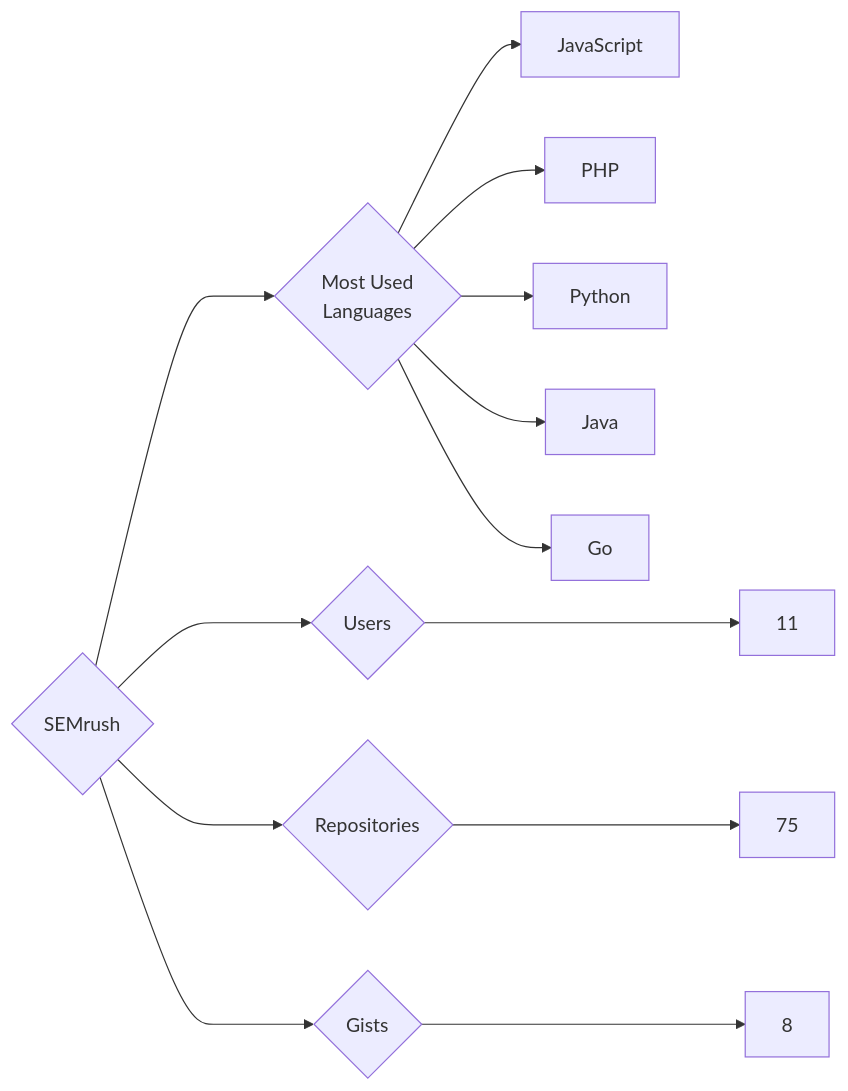
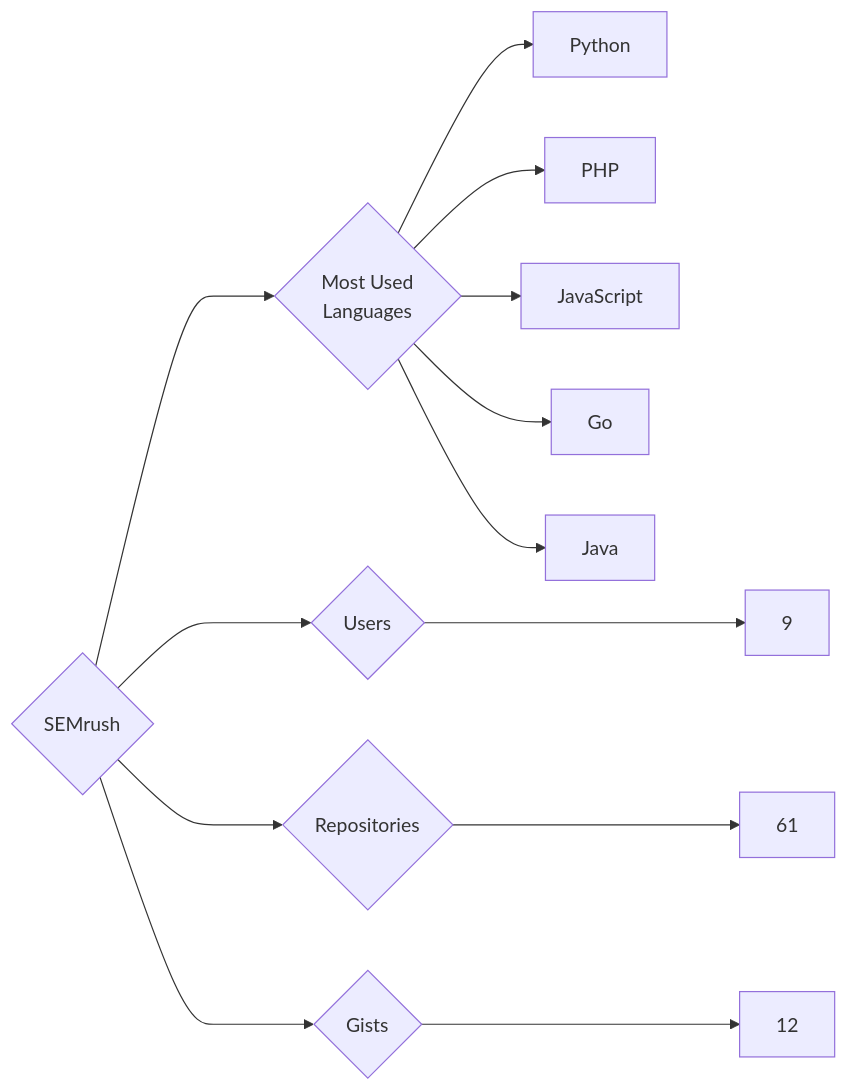
One commit to trickest/insiders changed the diagram in targets/SEMrush/README.md. Above: the diagram before and after it, drawn with Mermaid. The commit also changed 1011 other files, not shown here.

````diff
--- a/targets/SEMrush/README.md
+++ b/targets/SEMrush/README.md
@@ -3,13 +3,13 @@
 ```mermaid
 graph LR
 COMPANY_NAME{SEMrush}
-COMPANY_NAME ---> U{Users} ---> UN[11]
-COMPANY_NAME ---> R{Repositories} ---> RN[75]
-COMPANY_NAME ---> G{Gists} ---> GN[8]
+COMPANY_NAME ---> U{Users} ---> UN[9]
+COMPANY_NAME ---> R{Repositories} ---> RN[61]
+COMPANY_NAME ---> G{Gists} ---> GN[12]
 COMPANY_NAME ---> ML{Most Used<br>Languages}
+ML --> Python[Python]
+ML --> PHP[PHP]
 ML --> JavaScript[JavaScript]
-ML --> PHP[PHP]
-ML --> Python[Python]
+ML --> Go[Go]
 ML --> Java[Java]
-ML --> Go[Go]
 ```
````
